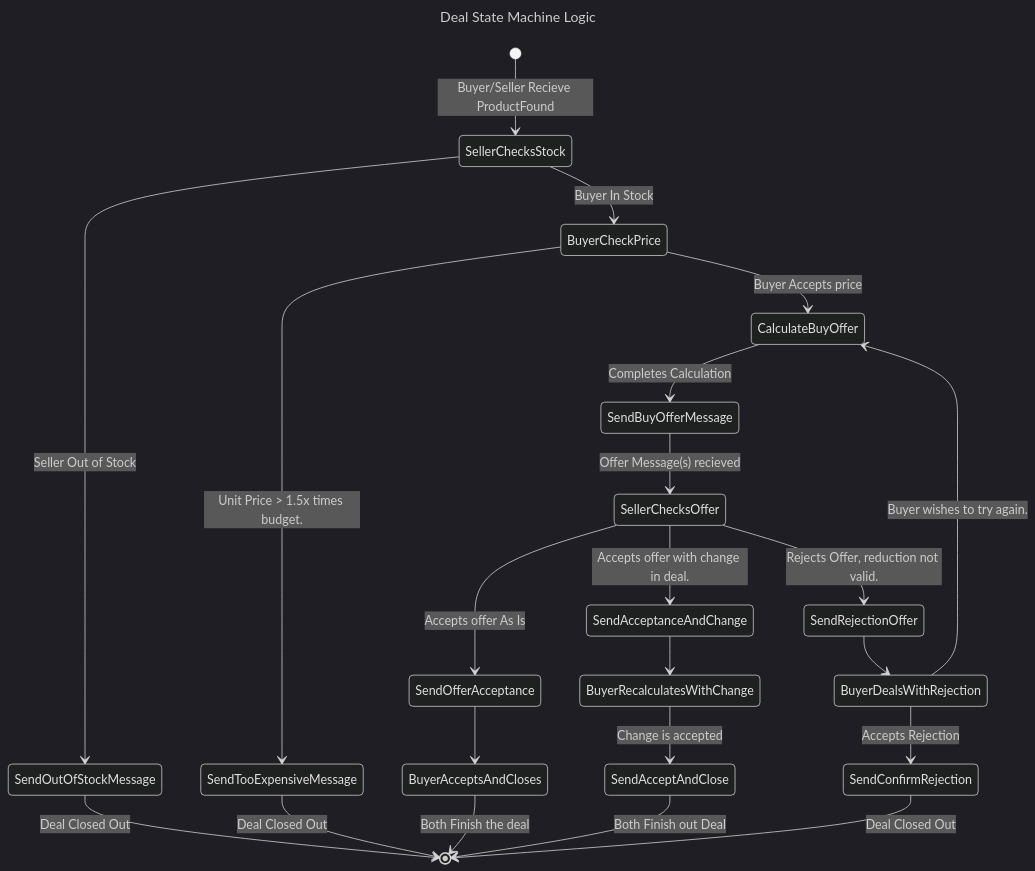
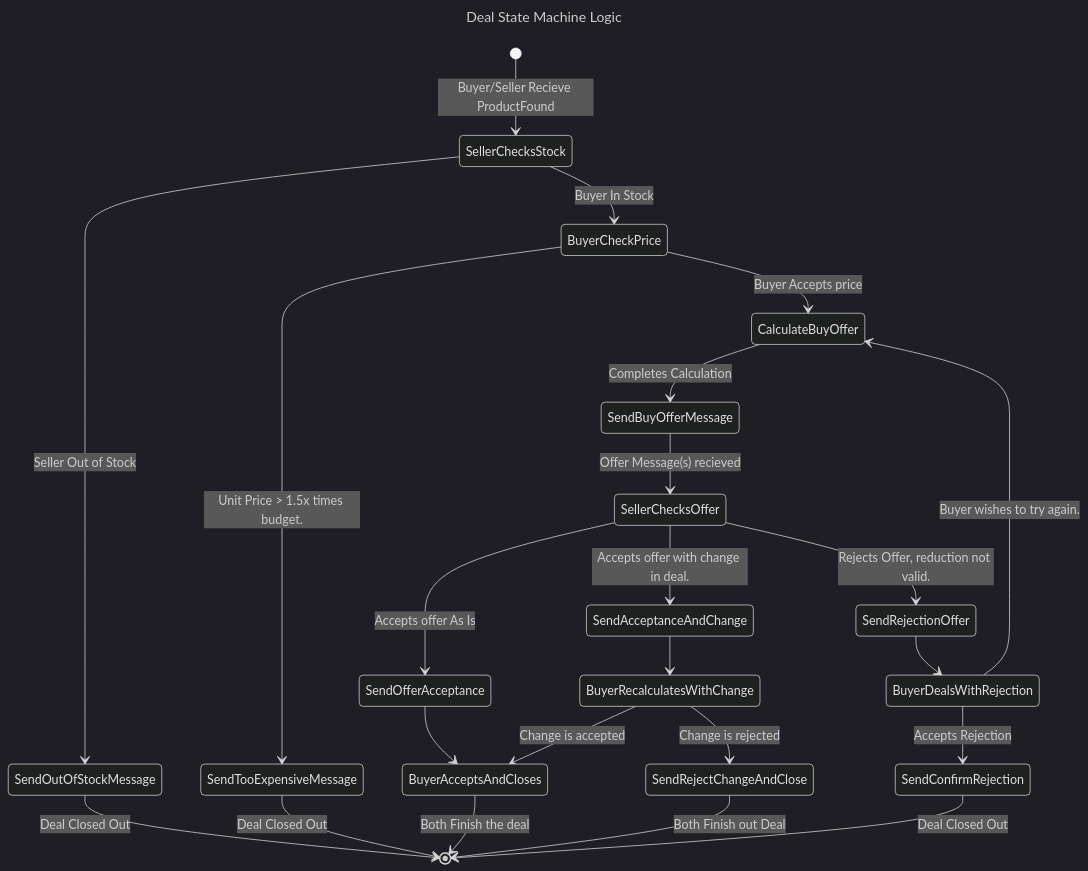
Before and after one commit to JeremyDaug/EconomicCalculator: the third of 3 diagrams in political_economy_core/src/objects/buy_and_sell_notes.md, drawn with Mermaid (dark theme). The commit also changed 4 other files, not shown here.

````diff
--- a/political_economy_core/src/objects/buy_and_sell_notes.md
+++ b/political_economy_core/src/objects/buy_and_sell_notes.md
@@ -113,35 +113,37 @@
 ```mermaid
 ---
 title: Deal State Machine Logic
 ---
 stateDiagram-v2
     [*] --> SellerChecksStock: Buyer/Seller Recieve ProductFound
     SellerChecksStock --> SendOutOfStockMessage: Seller Out of Stock
     SendOutOfStockMessage --> [*]: Deal Closed Out
 
     SellerChecksStock --> BuyerCheckPrice: Buyer In Stock
     BuyerCheckPrice --> SendTooExpensiveMessage: Unit Price > 1.5x times budget.
     SendTooExpensiveMessage --> [*]: Deal Closed Out
 
     BuyerCheckPrice --> CalculateBuyOffer: Buyer Accepts price
     CalculateBuyOffer --> SendBuyOfferMessage: Completes Calculation
     SendBuyOfferMessage --> SellerChecksOffer: Offer Message(s) recieved
 
     SellerChecksOffer --> SendOfferAcceptance: Accepts offer As Is
     SellerChecksOffer --> SendAcceptanceAndChange: Accepts offer with change in deal.
     SellerChecksOffer --> SendRejectionOffer: Rejects Offer, reduction not valid.
 
     SendOfferAcceptance --> BuyerAcceptsAndCloses
     SendAcceptanceAndChange --> BuyerRecalculatesWithChange
+
     SendRejectionOffer --> BuyerDealsWithRejection
 
-    BuyerRecalculatesWithChange --> SendAcceptAndClose: Change is accepted
+    BuyerRecalculatesWithChange --> BuyerAcceptsAndCloses: Change is accepted
+    BuyerRecalculatesWithChange --> SendRejectChangeAndClose: Change is rejected
 
-    SendAcceptAndClose --> [*]: Both Finish out Deal
+    SendRejectChangeAndClose --> [*]: Both Finish out Deal
 
     BuyerDealsWithRejection --> CalculateBuyOffer: Buyer wishes to try again.
     BuyerDealsWithRejection --> SendConfirmRejection: Accepts Rejection
     SendConfirmRejection --> [*]: Deal Closed Out
 
     BuyerAcceptsAndCloses --> [*]: Both Finish the deal
 ```
````
